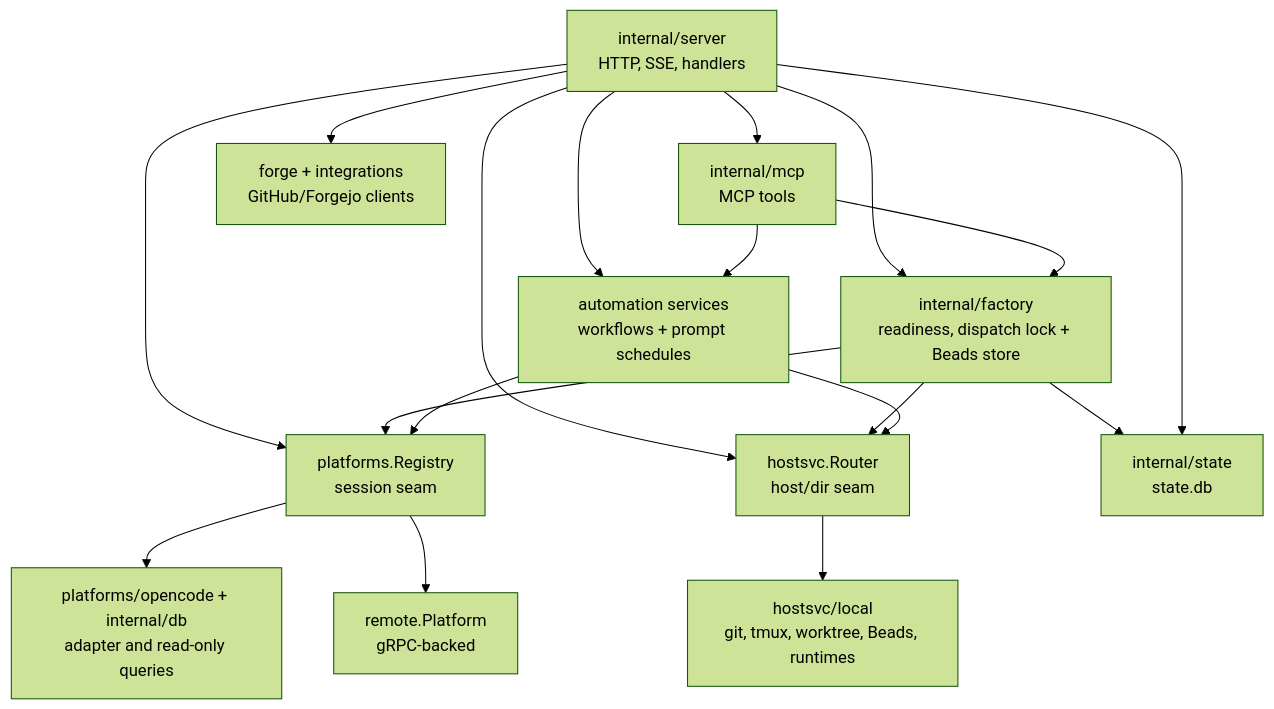
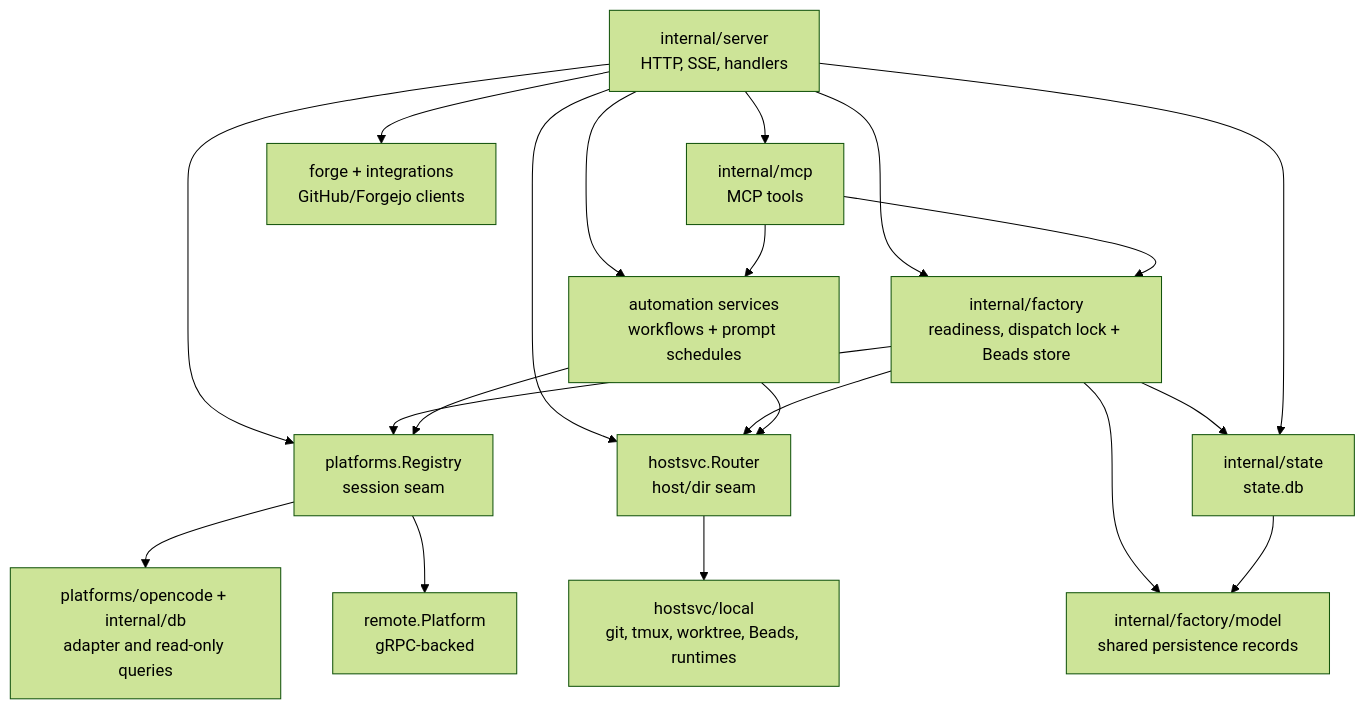
Before and after one commit to ocman/ocman: the third of 5 diagrams in docs/other/architecture.md, drawn with Mermaid (forest theme). The commit also changed other lines of this file and 20 other files, not shown here.

````diff
--- a/docs/other/architecture.md
+++ b/docs/other/architecture.md
@@ -88,20 +88,22 @@
 ```mermaid
 flowchart TD
     Server[internal/server<br/>HTTP, SSE, handlers] --> Registry[platforms.Registry<br/>session seam]
     Server --> Router[hostsvc.Router<br/>host/dir seam]
     Server --> Workflows[automation services<br/>workflows + prompt schedules]
     Server --> Factory[internal/factory<br/>readiness, dispatch lock + Beads store]
+    Factory --> FactoryModel[internal/factory/model<br/>shared persistence records]
     Factory --> State
+    State --> FactoryModel
     Factory --> Registry
     Factory --> Router
     Workflows --> Registry
     Workflows --> Router
     Server --> MCP[internal/mcp<br/>MCP tools]
     MCP --> Workflows
     MCP --> Factory
     Registry --> OC[platforms/opencode + internal/db<br/>adapter and read-only queries]
     Registry --> RP[remote.Platform<br/>gRPC-backed]
     Router --> Local[hostsvc/local<br/>git, tmux, worktree, Beads, runtimes]
     Server --> State[internal/state<br/>state.db]
     Server --> Forge[forge + integrations<br/>GitHub/Forgejo clients]
 ```
````
